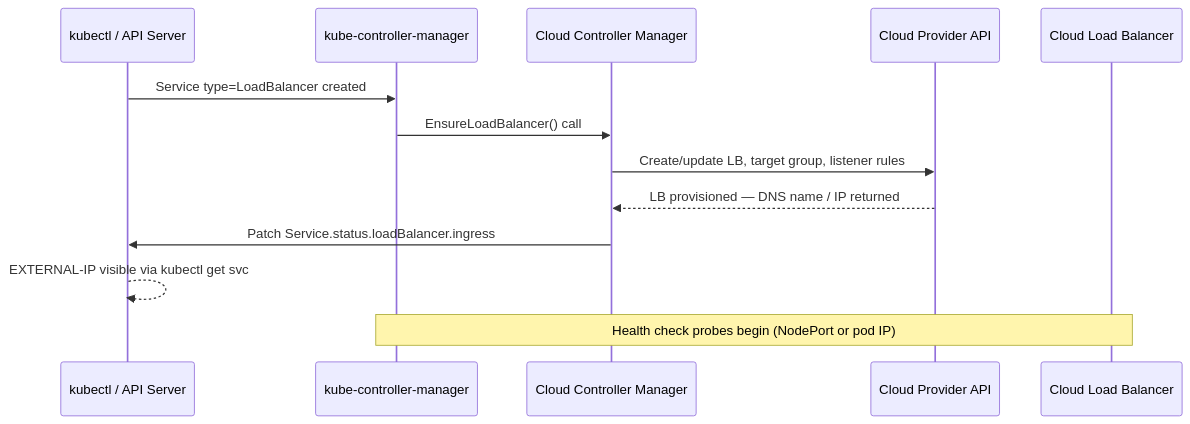
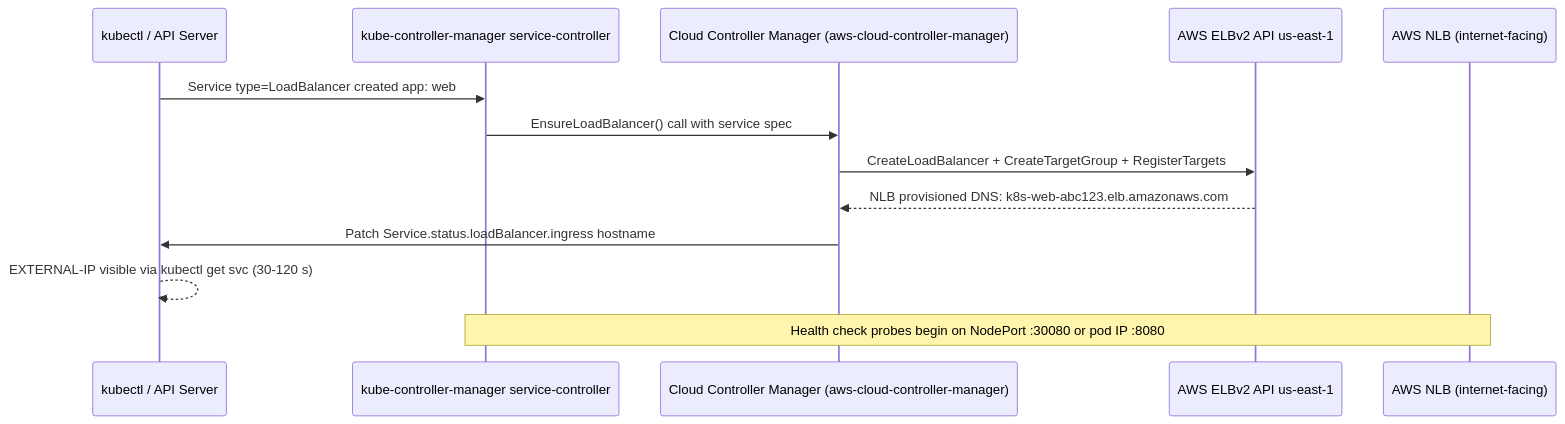
Before and after one commit to MykolaLebid/Kubernetes_networking_engineering: the second of 2 diagrams in lessons/20-cloud-load-balancers.md, drawn with Mermaid. The commit also changed other lines of this file and 35 other files, not shown here.

First line of the commit message:
Restructure all 34 lessons: Theory/Practice split, richer diagrams, industry examples, navigation

````diff
--- a/lessons/20-cloud-load-balancers.md
+++ b/lessons/20-cloud-load-balancers.md
@@ -74,16 +41,16 @@
 ```mermaid
 sequenceDiagram
     participant K as kubectl / API Server
-    participant KCM as kube-controller-manager
-    participant CCM as Cloud Controller Manager
-    participant Cloud as Cloud Provider API
-    participant LB as Cloud Load Balancer
+    participant KCM as kube-controller-manager service-controller
+    participant CCM as Cloud Controller Manager (aws-cloud-controller-manager)
+    participant Cloud as AWS ELBv2 API us-east-1
+    participant LB as AWS NLB (internet-facing)
 
-    K->>KCM: Service type=LoadBalancer created
-    KCM->>CCM: EnsureLoadBalancer() call
-    CCM->>Cloud: Create/update LB, target group, listener rules
-    Cloud-->>CCM: LB provisioned — DNS name / IP returned
-    CCM->>K: Patch Service.status.loadBalancer.ingress
-    K-->>K: EXTERNAL-IP visible via kubectl get svc
-    Note over LB,KCM: Health check probes begin (NodePort or pod IP)
+    K->>KCM: Service type=LoadBalancer created app: web
+    KCM->>CCM: EnsureLoadBalancer() call with service spec
+    CCM->>Cloud: CreateLoadBalancer + CreateTargetGroup + RegisterTargets
+    Cloud-->>CCM: NLB provisioned DNS: k8s-web-abc123.elb.amazonaws.com
+    CCM->>K: Patch Service.status.loadBalancer.ingress hostname
+    K-->>K: EXTERNAL-IP visible via kubectl get svc (30-120 s)
+    Note over LB,KCM: Health check probes begin on NodePort :30080 or pod IP :8080
 ```
````
